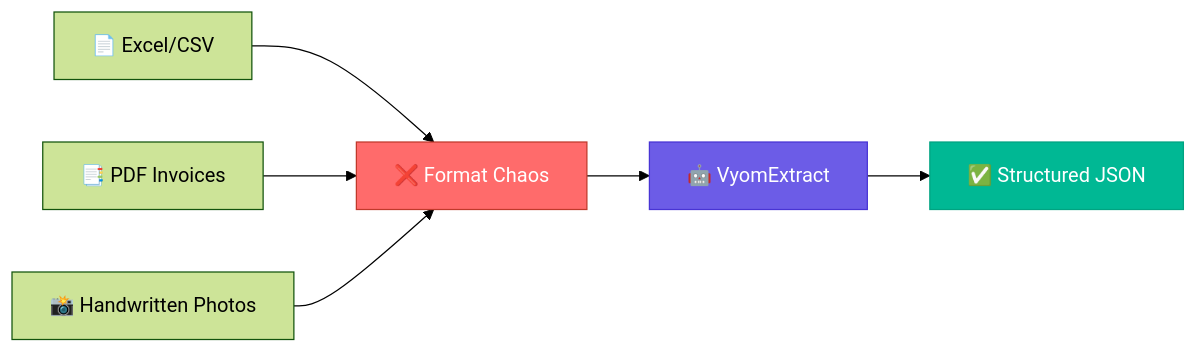
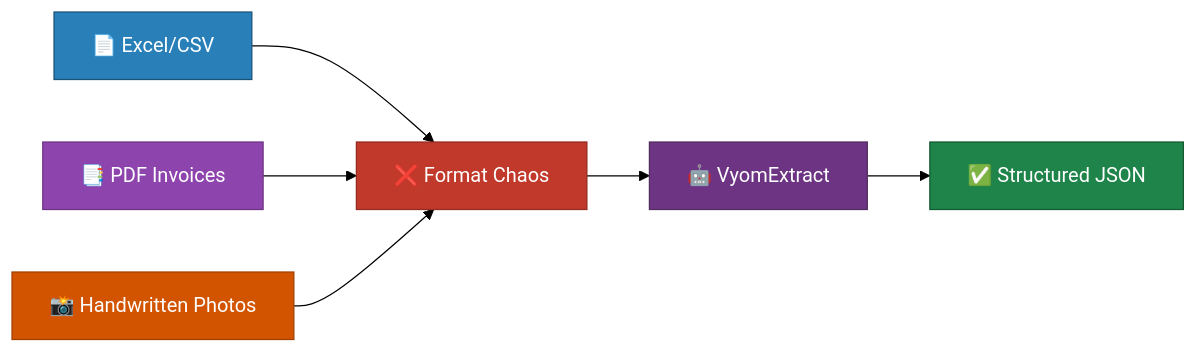
The first of 12 diagrams in README.md (KJCREATOR/VYOMEXTRACT), drawn with Mermaid (forest theme) before and after one commit. The commit also changed other lines of this file, not shown here.

````diff
--- a/README.md
+++ b/README.md
@@ -38,12 +38,15 @@
 ```mermaid
 graph LR
     A["📄 Excel/CSV"] --> D["❌ Format Chaos"]
     B["📑 PDF Invoices"] --> D
     C["📸 Handwritten Photos"] --> D
     D --> E["🤖 VyomExtract"]
     E --> F["✅ Structured JSON"]
 
-    style D fill:#ff6b6b,stroke:#c0392b,color:#fff
-    style E fill:#6c5ce7,stroke:#4834d4,color:#fff
-    style F fill:#00b894,stroke:#00a381,color:#fff
+    style A fill:#2980b9,stroke:#1a5276,color:#fff
+    style B fill:#8e44ad,stroke:#6c3483,color:#fff
+    style C fill:#d35400,stroke:#a04000,color:#fff
+    style D fill:#c0392b,stroke:#922b21,color:#fff
+    style E fill:#6c3483,stroke:#512e5f,color:#fff
+    style F fill:#1e8449,stroke:#145a32,color:#fff
 ```
````
